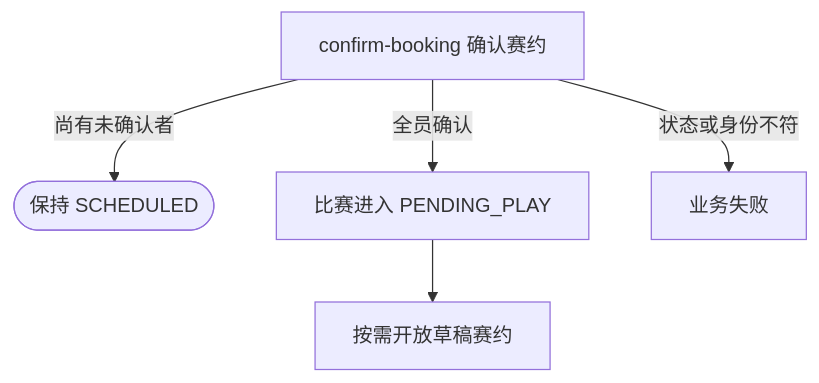
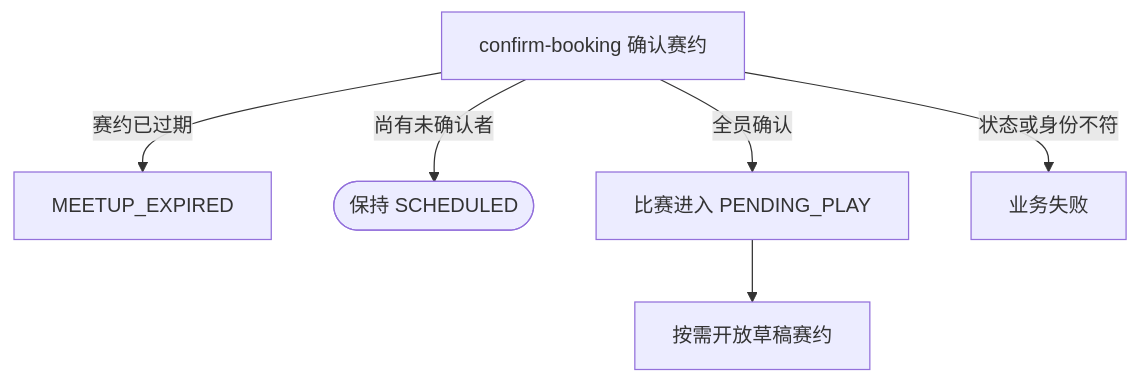
The diagram in blueprint/spec/tournament/booking-confirm/confirm-booking.md (chxt100016/Rally), drawn with Mermaid before and after one commit. The commit also changed other lines of this file and 7 other files, not shown here.

````diff
--- a/blueprint/spec/tournament/booking-confirm/confirm-booking.md
+++ b/blueprint/spec/tournament/booking-confirm/confirm-booking.md
@@ -25,7 +25,8 @@
 ```mermaid
 flowchart TD
-    A[confirm-booking 确认赛约] -->|尚有未确认者| W([保持 SCHEDULED])
+    A[confirm-booking 确认赛约] -->|赛约已过期| X[MEETUP_EXPIRED]
+    A -->|尚有未确认者| W([保持 SCHEDULED])
     A -->|全员确认| P[比赛进入 PENDING_PLAY]
     A -->|状态或身份不符| E[业务失败]
     P --> O[按需开放草稿赛约]
 ```
````
